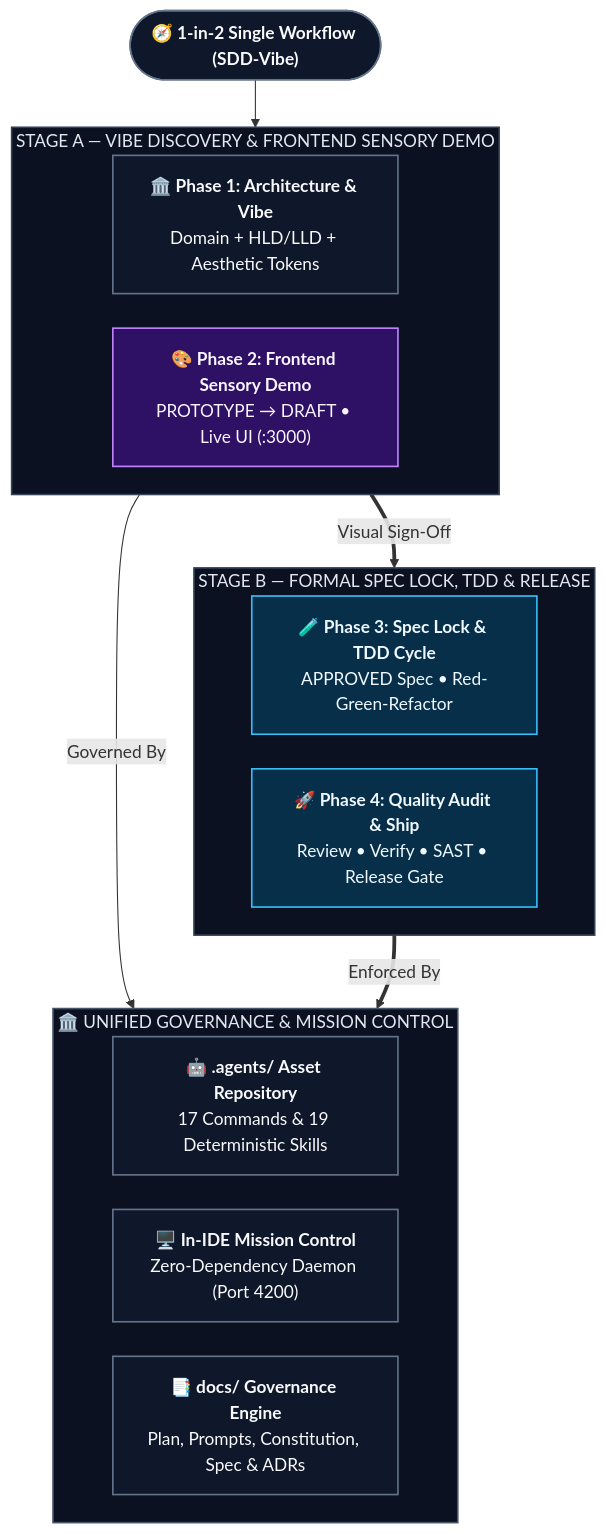
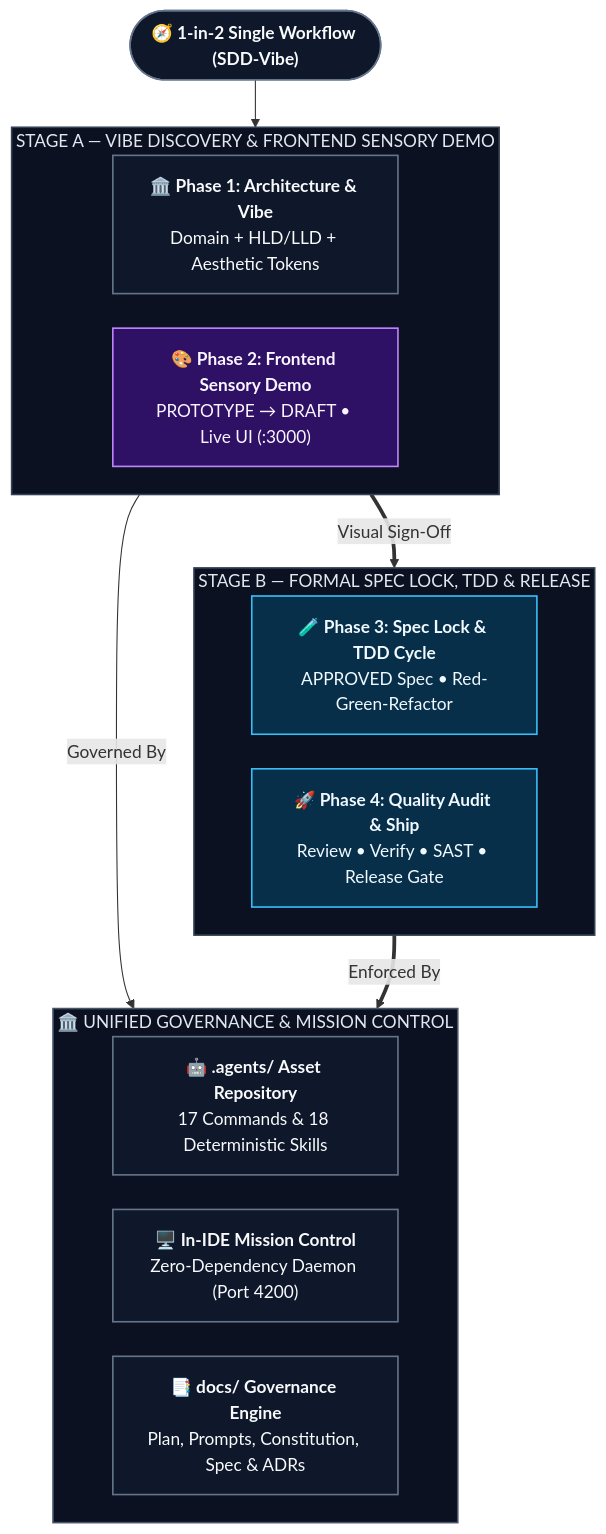
The first of 3 diagrams in README.md (ChandanAY-24/Agentic-Development-ChandanAY), drawn with Mermaid before and after one commit. The commit also changed other lines of this file and 13 other files, not shown here.

````diff
--- a/README.md
+++ b/README.md
@@ -25,44 +25,44 @@
 ```mermaid
 %%{init: {'flowchart': {'curve': 'basis', 'padding': 16, 'nodeSpacing': 32, 'rankSpacing': 44}}}%%
 flowchart TB
     classDef gate fill:#451a03,stroke:#fbbf24,stroke-width:2px,color:#fffbeb;
     classDef vibe fill:#2e1065,stroke:#c084fc,stroke-width:1.5px,color:#faf5ff;
     classDef sdd fill:#082f49,stroke:#38bdf8,stroke-width:1.5px,color:#f0f9ff;
     classDef core fill:#0f172a,stroke:#64748b,stroke-width:1.5px,color:#f8fafc;
 
     Start(["`**🧭 1-in-2 Single Workflow (SDD-Vibe)**`"]):::core --> Stage12
 
     subgraph Stage12 ["STAGE A — VIBE DISCOVERY & FRONTEND SENSORY DEMO"]
         direction LR
         Phase1["`**🏛️ Phase 1: Architecture & Vibe**
 Domain + HLD/LLD + Aesthetic Tokens`"]:::core
         Phase2["`**🎨 Phase 2: Frontend Sensory Demo**
 PROTOTYPE → DRAFT • Live UI (:3000)`"]:::vibe
     end
 
     subgraph Stage34 ["STAGE B — FORMAL SPEC LOCK, TDD & RELEASE"]
         direction LR
         Phase3["`**🧪 Phase 3: Spec Lock & TDD Cycle**
 APPROVED Spec • Red-Green-Refactor`"]:::sdd
         Phase4["`**🚀 Phase 4: Quality Audit & Ship**
 Review • Verify • SAST • Release Gate`"]:::sdd
     end
 
     subgraph SharedCore ["🏛️ UNIFIED GOVERNANCE & MISSION CONTROL"]
         direction LR
         AgentEngine["`**🤖 .agents/ Asset Repository**
-17 Commands & 19 Deterministic Skills`"]:::core
+17 Commands & 18 Deterministic Skills`"]:::core
         DashboardEngine["`**🖥️ In-IDE Mission Control**
 Zero-Dependency Daemon (Port 4200)`"]:::core
         DocGovernance["`**📑 docs/ Governance Engine**
 Plan, Prompts, Constitution, Spec & ADRs`"]:::core
     end
 
     Stage12 ==>|"Visual Sign-Off"| Stage34
     Stage12 -->|"Governed By"| SharedCore
     Stage34 ==>|"Enforced By"| SharedCore
 
     style Stage12 fill:#0b1120,stroke:#334155,stroke-width:1.5px,color:#e2e8f0
     style Stage34 fill:#0b1120,stroke:#334155,stroke-width:1.5px,color:#e2e8f0
     style SharedCore fill:#0b1120,stroke:#475569,stroke-width:1.5px,color:#e2e8f0
 ```
````
